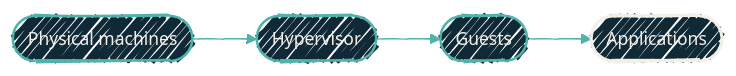
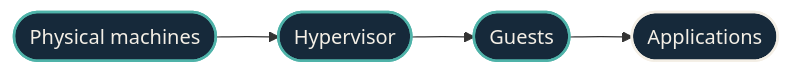
One commit to dryvist/docs changed the diagram in explainers/overview.mdx. Above: the diagram before and after it, drawn with Mermaid. The commit also changed other lines of this file and 116 other files, not shown here.

````diff
--- a/explainers/overview.mdx
+++ b/explainers/overview.mdx
@@ -58,21 +58,25 @@
 ```mermaid
-%%{init:
-  {'theme':'base','look':'handDrawn','themeVariables':{'fontFamily':'Geist','fontSize':'14px','primaryColor':'#102937','primaryTextColor':'#F4EFE6','primaryBorderColor':'#4FB3A9','lineColor':'#4FB3A9','secondaryColor':'#0B1D2A','tertiaryColor':'#1A2A38','clusterBkg':'rgba(79,179,169,0.08)','clusterBorder':'#4FB3A9'}}}%%
-  flowchart LR
+%%{init: {"theme":"base","look":"handDrawn","themeVariables":{"primaryColor":"#123a36","primaryTextColor":"#f4efe6","primaryBorderColor":"#4fb3a9","lineColor":"#4fb3a9","secondaryColor":"#0b1d2a","tertiaryColor":"#16293a","clusterBkg":"#08151f","clusterBorder":"#4fb3a9","fontFamily":"'Geist Sans', system-ui, -apple-system, BlinkMacSystemFont, 'Segoe UI', Roboto, sans-serif","fontSize":"14px"}}}%%
+flowchart LR
+  classDef src fill:#16293a,stroke:#e06b4a,stroke-width:2px,color:#f4efe6;
+  classDef ai fill:#16293a,stroke:#e06b4a,stroke-width:2px,color:#f4efe6;
+  classDef gate fill:#16293a,stroke:#e06b4a,stroke-width:2.5px,color:#f4efe6;
+  classDef hop fill:#16293a,stroke:#4fb3a9,stroke-width:2px,color:#f4efe6;
+  classDef host fill:#16293a,stroke:#4fb3a9,stroke-width:2px,color:#f4efe6;
+  classDef sink fill:#16293a,stroke:#f4efe6,stroke-width:2px,color:#f4efe6;
+  classDef auto fill:#16293a,stroke:#f4efe6,stroke-width:1.5px,color:#f4efe6;
+  classDef external fill:#16293a,stroke:#e6b35a,stroke-width:2px,color:#f4efe6;
   Hw([Physical machines])
   Hv([Hypervisor])
   Gst([Guests])
   App([Applications])
 
   Hw --> Hv
   Hv --> Gst
   Gst --> App
 
-  classDef host fill:#102937,stroke:#4FB3A9,stroke-width:2px,color:#F4EFE6;
-  classDef sink fill:#102937,stroke:#F4EFE6,stroke-width:2.5px,color:#F4EFE6;
-
   class Hw,Hv,Gst host
   class App sink
 
   click Hv "/explainers/what-is-a-hypervisor" "One machine, many guests"
 ```
````
